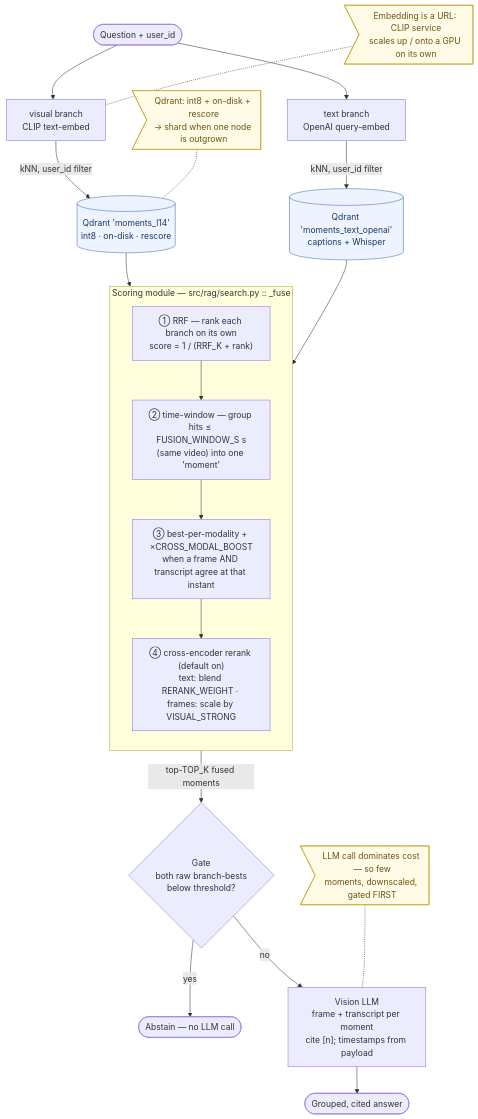
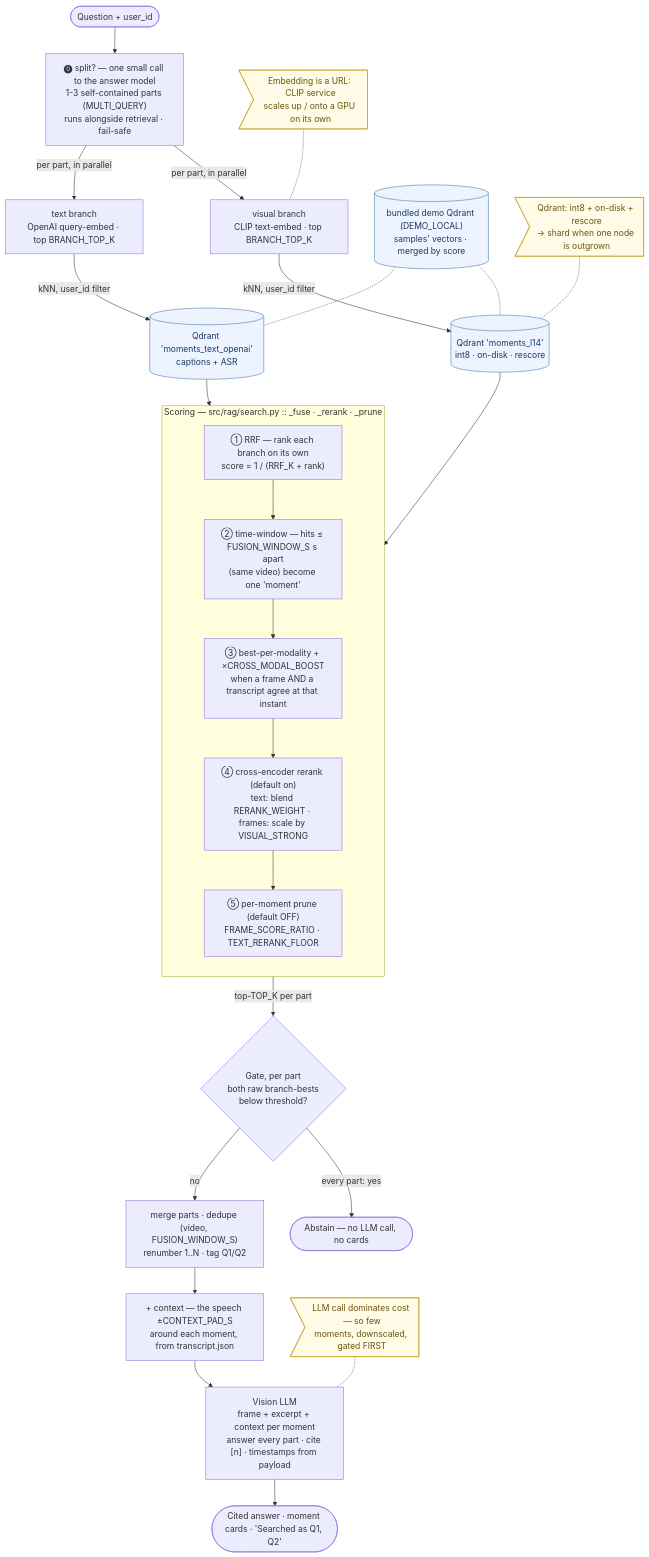
Before and after one commit to traversaal-ai/momentsearch: the diagram in ARCHITECTURE.md, drawn with Mermaid. The commit also changed other lines of this file and 1407 other files, not shown here.

````diff
--- a/ARCHITECTURE.md
+++ b/ARCHITECTURE.md
@@ -71,37 +100,44 @@
 ```mermaid
 flowchart TB
   q(["Question + user_id"])
-  ve["visual branch<br/>CLIP text-embed"]
-  te["text branch<br/>OpenAI query-embed"]
-  q --> ve
-  q --> te
+  sp["⓿ split? — one small call to the answer model<br/>1-3 self-contained parts (MULTI_QUERY)<br/>runs alongside retrieval · fail-safe"]
+  q --> sp
+  sp -->|"per part, in parallel"| ve
+  sp -->|"per part, in parallel"| te
+  ve["visual branch<br/>CLIP text-embed · top BRANCH_TOP_K"]
+  te["text branch<br/>OpenAI query-embed · top BRANCH_TOP_K"]
 
   ve -->|"kNN, user_id filter"| vq[("Qdrant 'moments_l14'<br/>int8 · on-disk · rescore")]
-  te -->|"kNN, user_id filter"| tq[("Qdrant 'moments_text_openai'<br/>captions + Whisper")]
+  te -->|"kNN, user_id filter"| tq[("Qdrant 'moments_text_openai'<br/>captions + ASR")]
+  dq[("bundled demo Qdrant (DEMO_LOCAL)<br/>samples' vectors · merged by score")] -.- vq
+  dq -.- tq
 
   vq --> fuse
   tq --> fuse
 
-  subgraph fuse["Scoring module — src/rag/search.py :: _fuse"]
+  subgraph fuse["Scoring — src/rag/search.py :: _fuse · _rerank · _prune"]
     direction TB
     r["① RRF — rank each branch on its own<br/>score = 1 / (RRF_K + rank)"]
-    w["② time-window — group hits ≤ FUSION_WINDOW_S s<br/>(same video) into one 'moment'"]
-    b["③ best-per-modality + ×CROSS_MODAL_BOOST<br/>when a frame AND transcript agree at that instant"]
+    w["② time-window — hits ≤ FUSION_WINDOW_S s apart<br/>(same video) become one 'moment'"]
+    b["③ best-per-modality + ×CROSS_MODAL_BOOST<br/>when a frame AND a transcript agree at that instant"]
     x["④ cross-encoder rerank (default on)<br/>text: blend RERANK_WEIGHT · frames: scale by VISUAL_STRONG"]
-    r --> w --> b --> x
+    p["⑤ per-moment prune (default OFF)<br/>FRAME_SCORE_RATIO · TEXT_RERANK_FLOOR"]
+    r --> w --> b --> x --> p
   end
 
-  fuse -->|"top-TOP_K fused moments"| gate{"Gate<br/>both raw branch-bests<br/>below threshold?"}
-  gate -->|"yes"| ab(["Abstain — no LLM call"])
-  gate -->|"no"| llm["Vision LLM<br/>frame + transcript per moment<br/>cite [n]; timestamps from payload"]
-  llm --> ans(["Grouped, cited answer"])
+  fuse -->|"top-TOP_K per part"| gate{"Gate, per part<br/>both raw branch-bests<br/>below threshold?"}
+  gate -->|"every part: yes"| ab(["Abstain — no LLM call, no cards"])
+  gate -->|"no"| merge["merge parts · dedupe (video, FUSION_WINDOW_S)<br/>renumber 1..N · tag Q1/Q2"]
+  merge --> ctx["+ context — the speech ±CONTEXT_PAD_S<br/>around each moment, from transcript.json"]
+  ctx --> llm["Vision LLM<br/>frame + excerpt + context per moment<br/>answer every part · cite [n] · timestamps from payload"]
+  llm --> ans(["Cited answer · moment cards · 'Searched as Q1, Q2'"])
 
   sc1>"Qdrant: int8 + on-disk + rescore<br/>→ shard when one node is outgrown"] -.- vq
   sc2>"Embedding is a URL: CLIP service<br/>scales up / onto a GPU on its own"] -.- ve
   sc3>"LLM call dominates cost — so few<br/>moments, downscaled, gated FIRST"] -.- llm
 
   classDef store fill:#eef4ff,stroke:#3b6ea8,color:#173a63;
   classDef note fill:#fffbe6,stroke:#c9a227,color:#6b5410;
-  class vq,tq store;
+  class vq,tq,dq store;
   class sc1,sc2,sc3 note;
 ```
````
